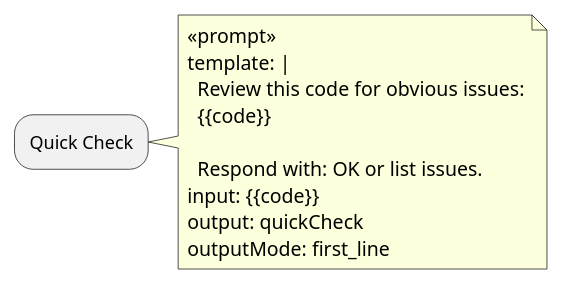
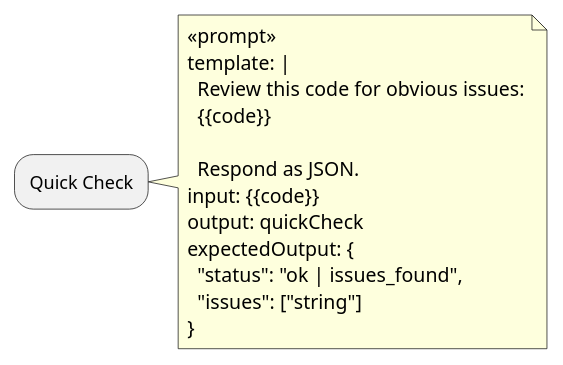
Before and after one commit to JuanToanXoup/copilot-api-minimal: the fourth of 12 diagrams in docs/plantuml-workflow-schema.md, drawn with PlantUML. The commit also changed other lines of this file, not shown here.

First line of the commit message:
Make expectedOutput required as JSON object

````diff
--- a/docs/plantuml-workflow-schema.md
+++ b/docs/plantuml-workflow-schema.md
@@ -130,14 +131,17 @@
 ```plantuml
 :Quick Check;
 note right
   <<prompt>>
   template: |
     Review this code for obvious issues:
     {{code}}
 
-    Respond with: OK or list issues.
+    Respond as JSON.
   input: {{code}}
   output: quickCheck
-  outputMode: first_line
+  expectedOutput: {
+    "status": "ok | issues_found",
+    "issues": ["string"]
+  }
 end note
 ```
````
